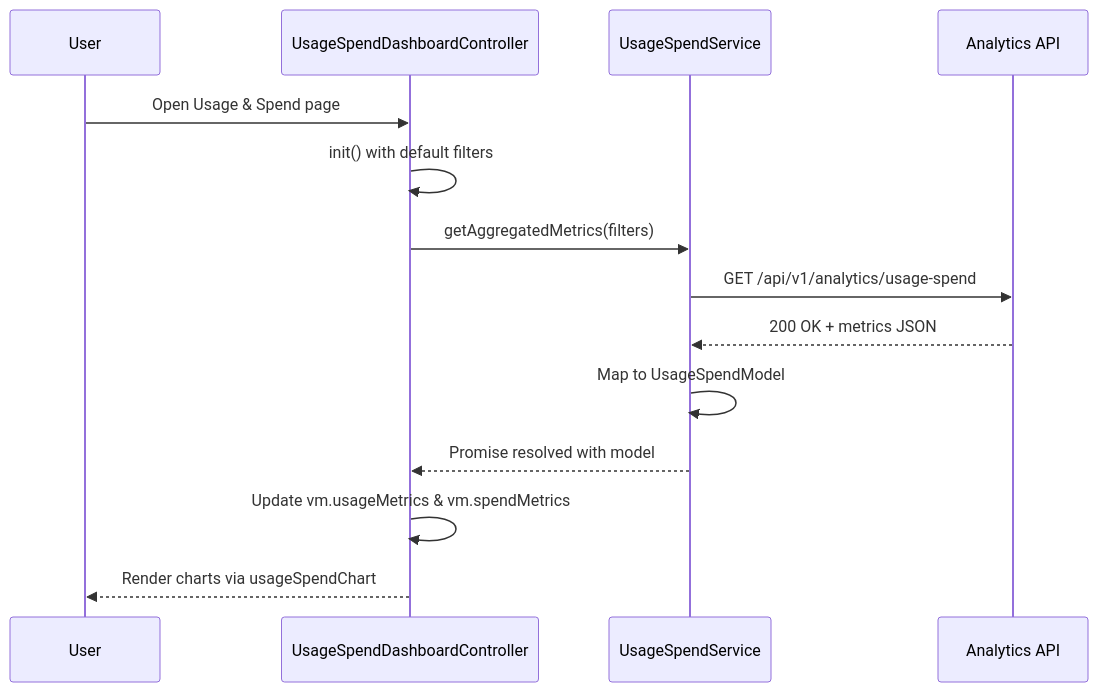
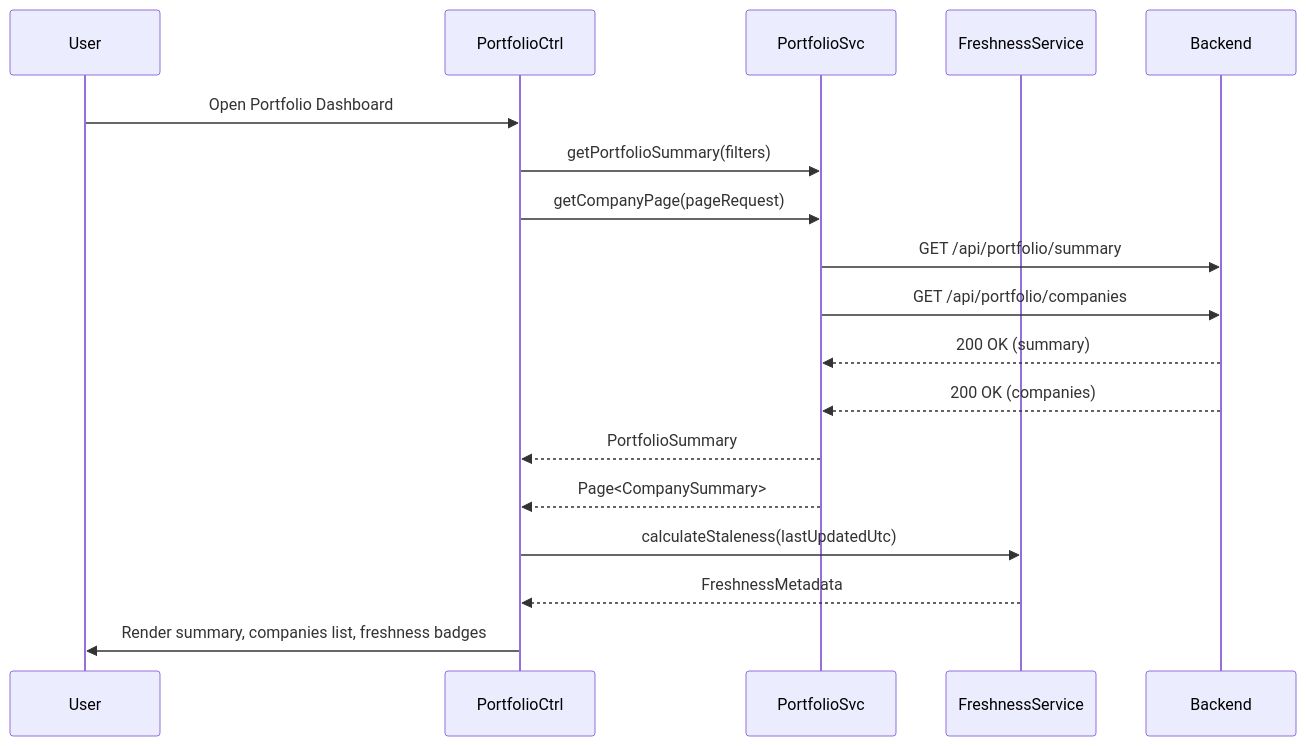
Before and after one commit to Davamani-git/APB_Demo: the second of 4 diagrams in LLD/QE-4785_LLD.md, drawn with Mermaid. The commit also changed other lines of this file, not shown here.

````diff
--- a/LLD/QE-4785_LLD.md
+++ b/LLD/QE-4785_LLD.md
@@ -744,17 +887,21 @@
 ```mermaid
 sequenceDiagram
-  participant U as User
-  participant C as UsageSpendDashboardController
-  participant S as UsageSpendService
-  participant API as Analytics API
+  participant User
+  participant PortfolioCtrl
+  participant PortfolioSvc
+  participant FreshnessSvc as FreshnessService
+  participant Backend
 
-  U->>C: Open Usage & Spend page
-  C->>C: init() with default filters
-  C->>S: getAggregatedMetrics(filters)
-  S->>API: GET /api/v1/analytics/usage-spend
-  API-->>S: 200 OK + metrics JSON
-  S->>S: Map to UsageSpendModel
-  S-->>C: Promise resolved with model
-  C->>C: Update vm.usageMetrics & vm.spendMetrics
-  C-->>U: Render charts via usageSpendChart
+  User->>PortfolioCtrl: Open Portfolio Dashboard
+  PortfolioCtrl->>PortfolioSvc: getPortfolioSummary(filters)
+  PortfolioCtrl->>PortfolioSvc: getCompanyPage(pageRequest)
+  PortfolioSvc->>Backend: GET /api/portfolio/summary
+  PortfolioSvc->>Backend: GET /api/portfolio/companies
+  Backend-->>PortfolioSvc: 200 OK (summary)
+  Backend-->>PortfolioSvc: 200 OK (companies)
+  PortfolioSvc-->>PortfolioCtrl: PortfolioSummary
+  PortfolioSvc-->>PortfolioCtrl: Page<CompanySummary>
+  PortfolioCtrl->>FreshnessSvc: calculateStaleness(lastUpdatedUtc)
+  FreshnessSvc-->>PortfolioCtrl: FreshnessMetadata
+  PortfolioCtrl->>User: Render summary, companies list, freshness badges
 ```
````
